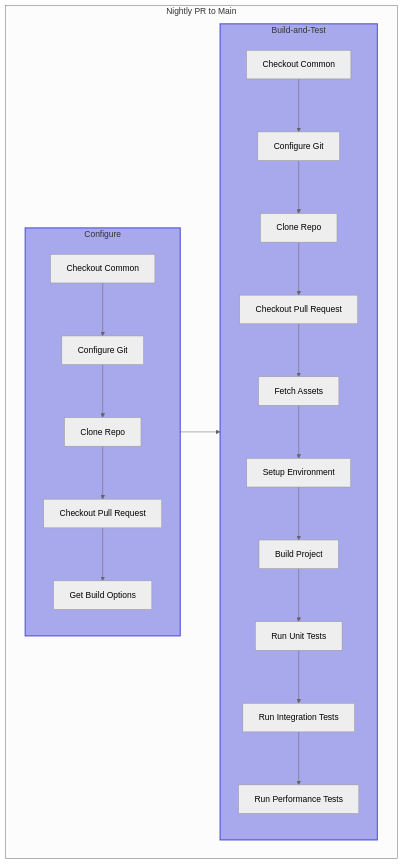
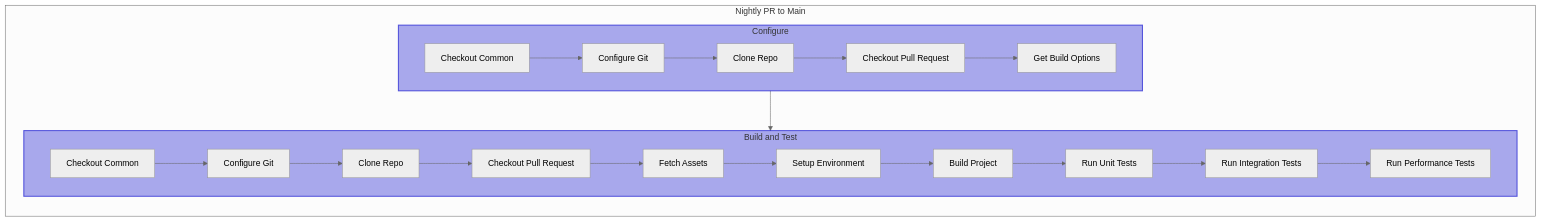
The second of 4 diagrams in README.md (postindustria-tech/common-ci), drawn with Mermaid (neutral theme) before and after one commit. The commit also changed other lines of this file, not shown here.

Commit message:
DOC: Changed flow charts to be left to right.

````diff
--- a/README.md
+++ b/README.md
@@ -81,27 +83,27 @@
 ``` mermaid
-flowchart TD
+flowchart LR
   subgraph "Nightly PR to Main"
     subgraph conf[Configure]
-        direction TB
+        direction LR
         style conf fill:#00C5,stroke:#00C9,stroke-width:2px;
       A[Checkout Common] --> B[Configure Git]
       B --> C[Clone Repo]
       C --> D[Checkout Pull Request]
       D --> E[Get Build Options]
     end
-    subgraph bat[Build-and-Test]
-        direction TB
+    subgraph bat[Build and Test]
+        direction LR
         style bat fill:#00C5,stroke:#00C9,stroke-width:2px;
       F[Checkout Common] --> G[Configure Git]
       G --> H[Clone Repo]
       H --> I[Checkout Pull Request]
       I --> J[Fetch Assets]
       J --> K[Setup Environment]
       K --> L[Build Project]
       L --> M[Run Unit Tests]
       M --> N[Run Integration Tests]
       N --> O[Run Performance Tests]
     end
     conf-->bat
   end
   ```
````
